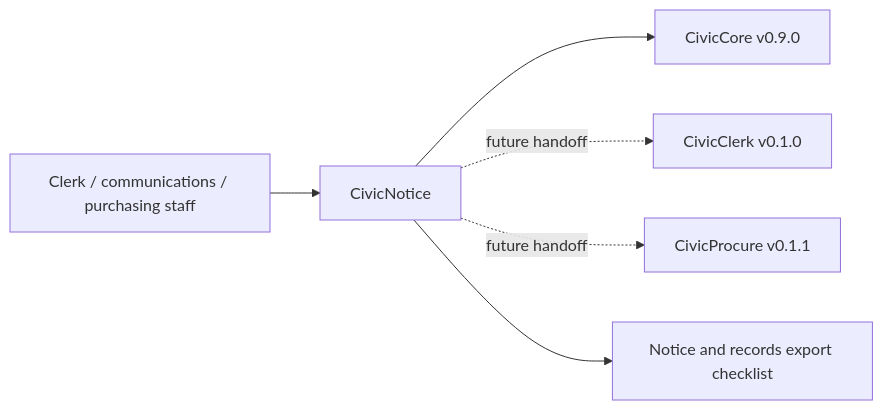
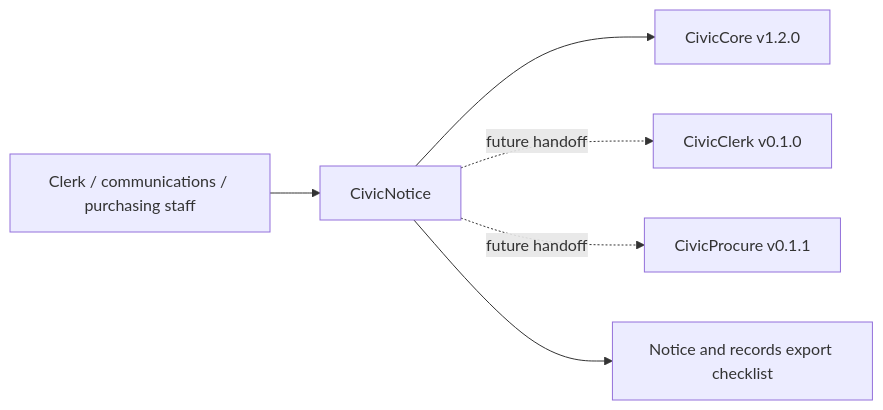
Before and after one commit to CivicSuite/civicnotice: the diagram in USER-MANUAL.md, drawn with Mermaid. The commit also changed other lines of this file and 20 other files, not shown here.

Commit message:
Align CivicNotice with CivicCore 1.2

````diff
--- a/USER-MANUAL.md
+++ b/USER-MANUAL.md
@@ -36,8 +36,8 @@
 ```mermaid
 flowchart LR
   Staff["Clerk / communications / purchasing staff"] --> CivicNotice["CivicNotice"]
-  CivicNotice --> CivicCore["CivicCore v0.9.0"]
+  CivicNotice --> CivicCore["CivicCore v1.2.0"]
   CivicNotice -. future handoff .-> CivicClerk["CivicClerk v0.1.0"]
   CivicNotice -. future handoff .-> CivicProcure["CivicProcure v0.1.1"]
   CivicNotice --> Export["Notice and records export checklist"]
 ```
````
